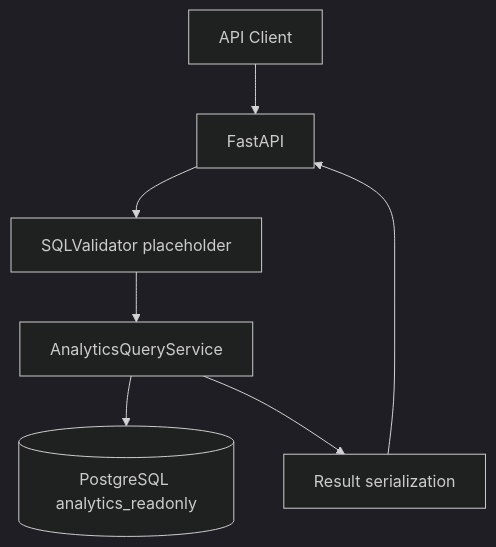
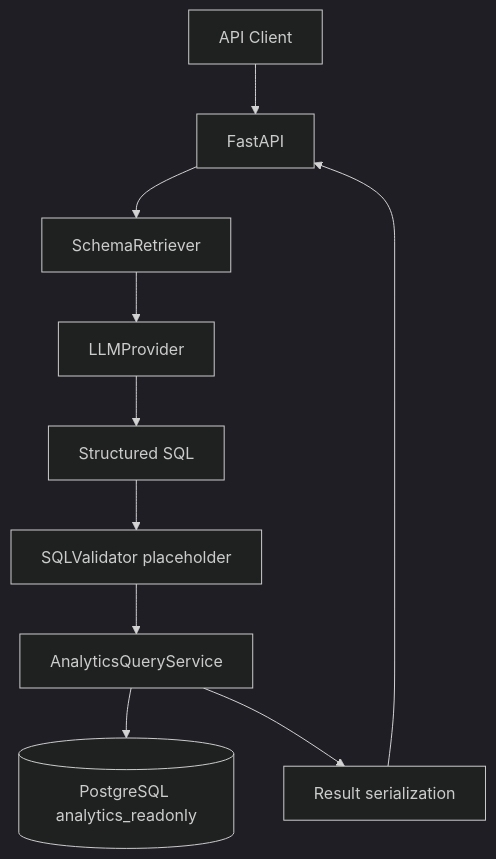
Before and after one commit to TitanMashy/ai-sql-analytics-copilot: the diagram in docs/architecture.md, drawn with Mermaid (dark theme). The commit also changed other lines of this file and 16 other files, not shown here.

First line of the commit message:
feat(ai): implement natural language to SQL generation pipeline

````diff
--- a/docs/architecture.md
+++ b/docs/architecture.md
@@ -3,9 +3,12 @@
 ```mermaid
 flowchart TD
     Client[API Client] --> API[FastAPI]
-    API --> Validation[SQLValidator placeholder]
+    API --> Retrieval[SchemaRetriever]
+    Retrieval --> Provider[LLMProvider]
+    Provider --> Generation[Structured SQL]
+    Generation --> Validation[SQLValidator placeholder]
     Validation --> Service[AnalyticsQueryService]
     Service --> Analytics[(PostgreSQL analytics_readonly)]
     Service --> Serialization[Result serialization]
     Serialization --> API
 ```
````
